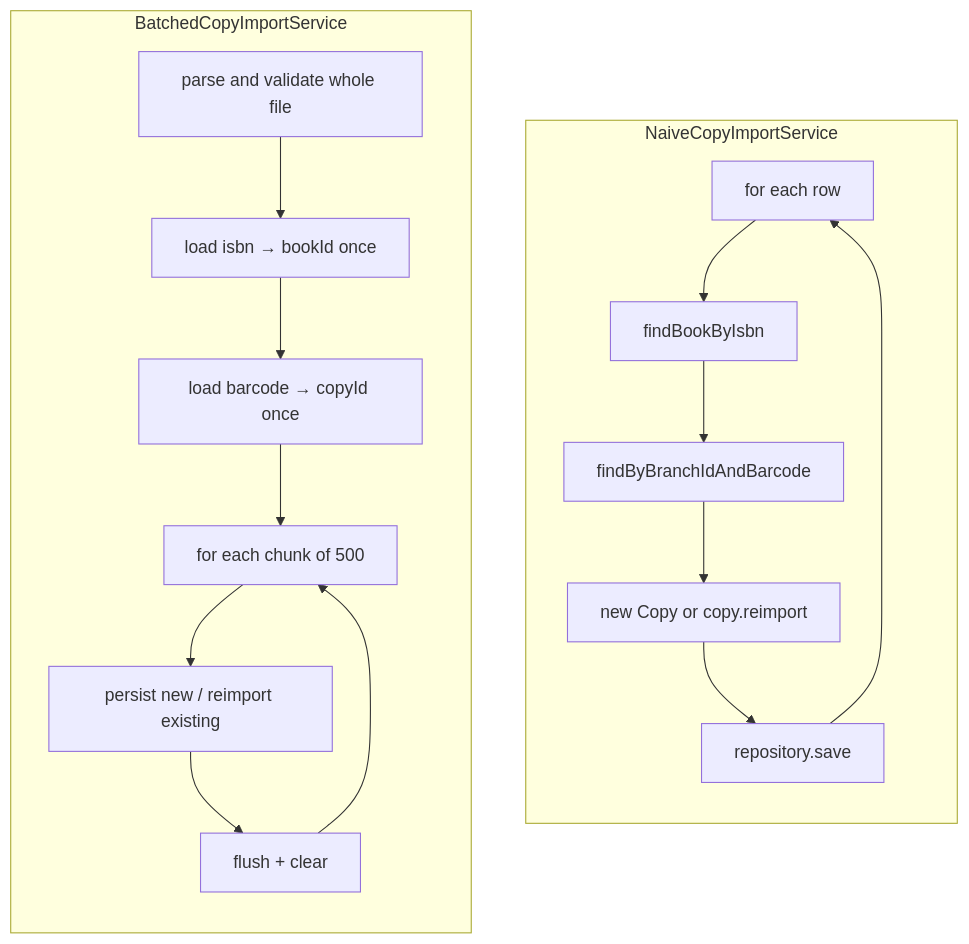
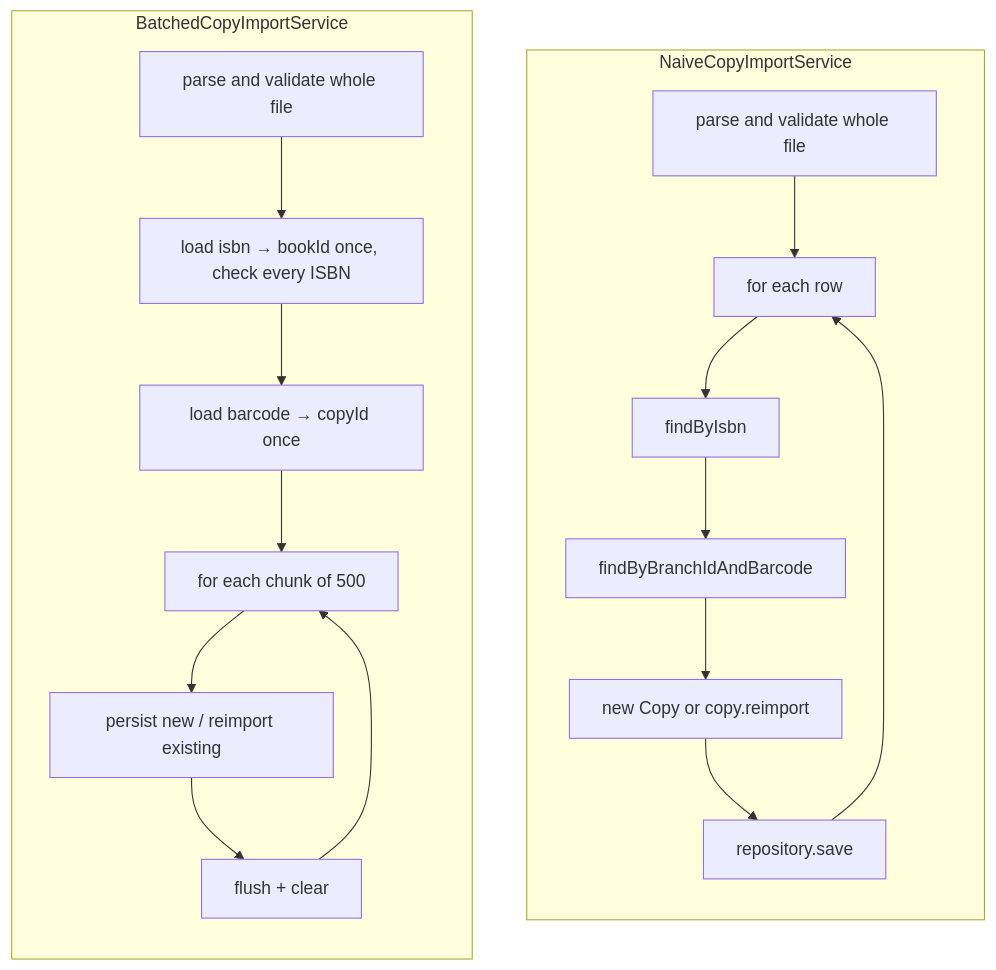
The third of 7 diagrams in design/domain-and-examples.md (LabInternetPub/JPAlibraryExample), drawn with Mermaid before and after one commit. The commit also changed other lines of this file and 33 other files, not shown here.

````diff
--- a/design/domain-and-examples.md
+++ b/design/domain-and-examples.md
@@ -193,20 +199,21 @@
 ```mermaid
 flowchart TB
     subgraph Naive["NaiveCopyImportService"]
         direction TB
-        n1[for each row] --> n2[findBookByIsbn]
+        n0[parse and validate whole file] --> n1[for each row]
+        n1 --> n2[findByIsbn]
         n2 --> n3[findByBranchIdAndBarcode]
         n3 --> n4[new Copy or copy.reimport]
         n4 --> n5[repository.save]
         n5 --> n1
     end
     subgraph Better["BatchedCopyImportService"]
         direction TB
-        b0[parse and validate whole file] --> b1["load isbn → bookId once"]
+        b0[parse and validate whole file] --> b1["load isbn → bookId once, check every ISBN"]
         b1 --> b2["load barcode → copyId once"]
         b2 --> b3[for each chunk of 500]
         b3 --> b4["persist new / reimport existing"]
         b4 --> b5["flush + clear"]
         b5 --> b3
     end
 ```
````
